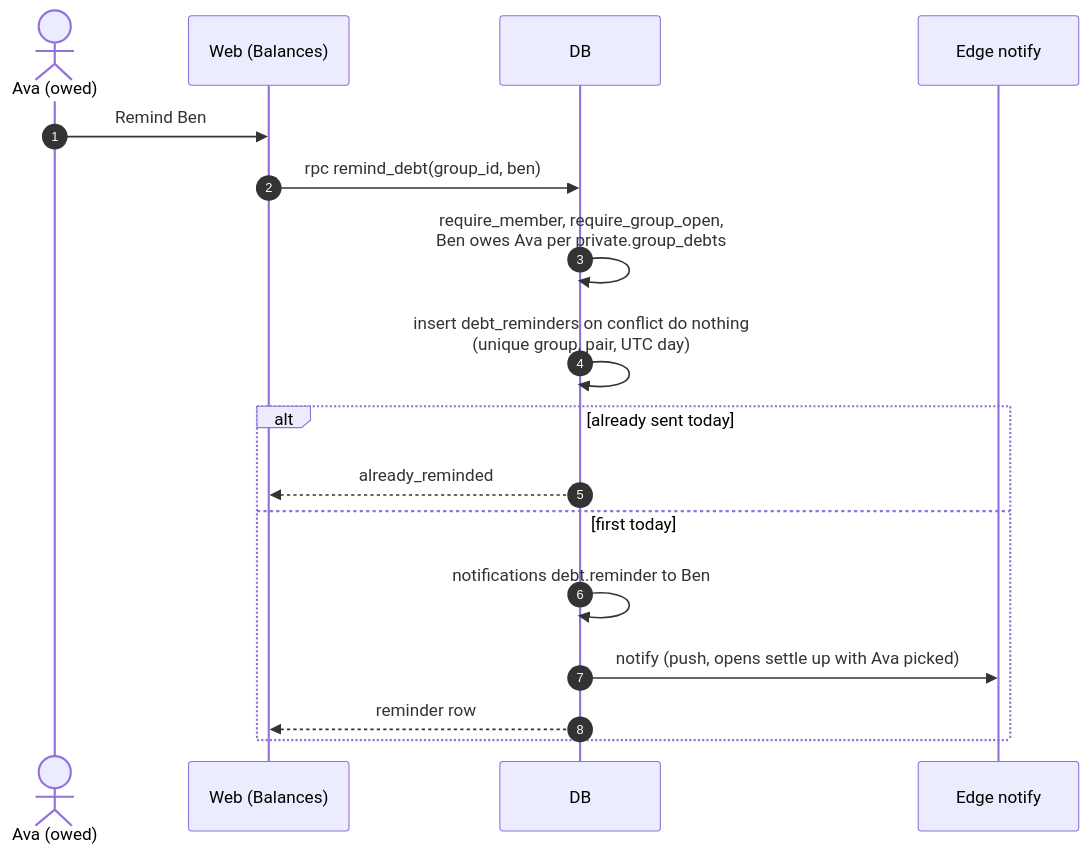
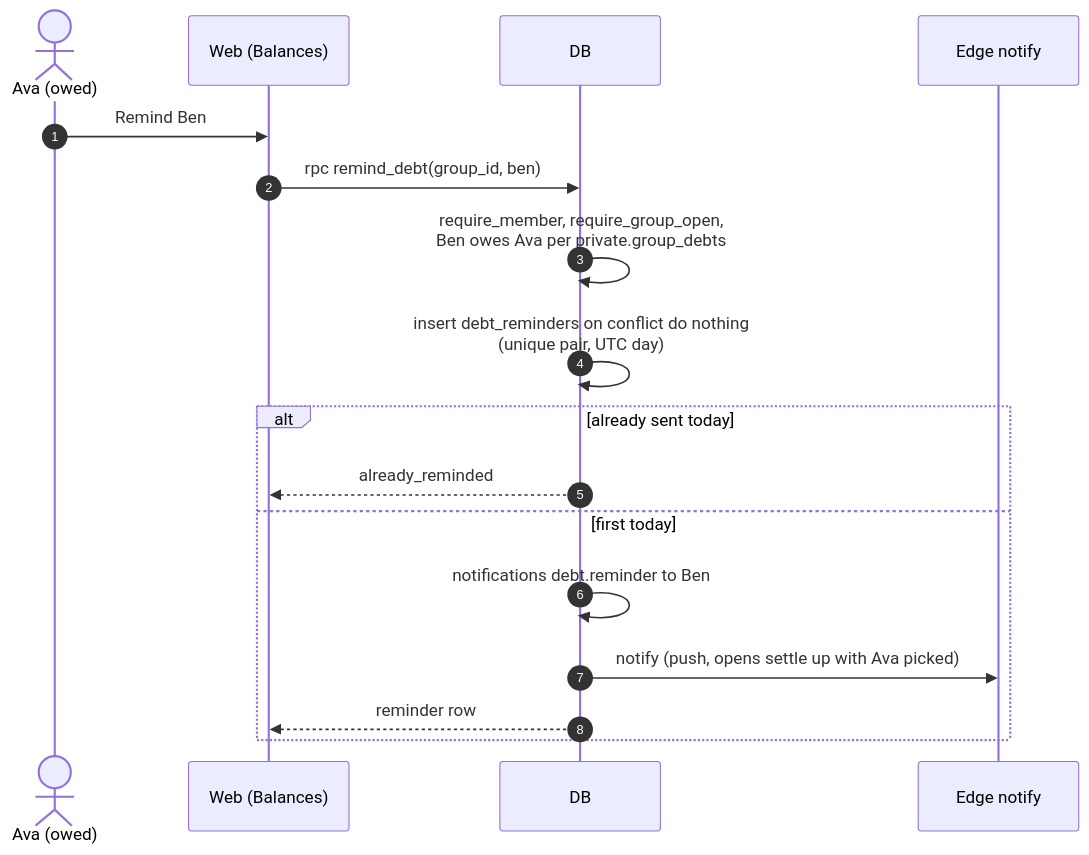
Before and after one commit to Fermulate/potluck: the seventh of 18 diagrams in docs/sequences.md, drawn with Mermaid. The commit also changed other lines of this file and 27 other files, not shown here.

Commit message:
fix payer labels, bulk-settle locks, per-pair reminders

````diff
--- a/docs/sequences.md
+++ b/docs/sequences.md
@@ -254,20 +254,20 @@
 ```mermaid
 sequenceDiagram
   autonumber
   actor A as Ava (owed)
   participant W as Web (Balances)
   participant DB as DB
   participant E as Edge notify
 
   A->>W: Remind Ben
   W->>DB: rpc remind_debt(group_id, ben)
   DB->>DB: require_member, require_group_open,<br/>Ben owes Ava per private.group_debts
-  DB->>DB: insert debt_reminders on conflict do nothing<br/>(unique group, pair, UTC day)
+  DB->>DB: insert debt_reminders on conflict do nothing<br/>(unique pair, UTC day)
   alt already sent today
     DB-->>W: already_reminded
   else first today
     DB->>DB: notifications debt.reminder to Ben
     DB->>E: notify (push, opens settle up with Ava picked)
     DB-->>W: reminder row
   end
 ```
````
